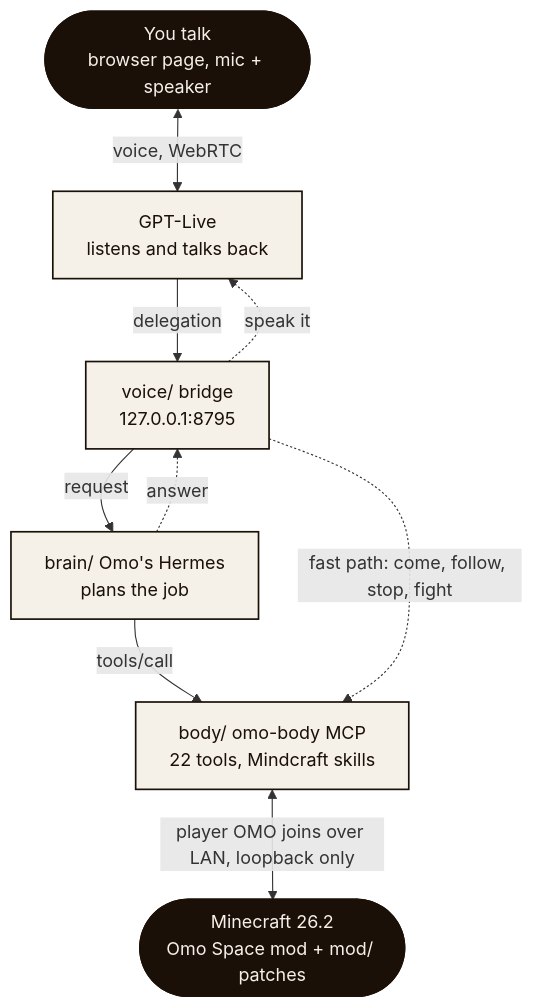
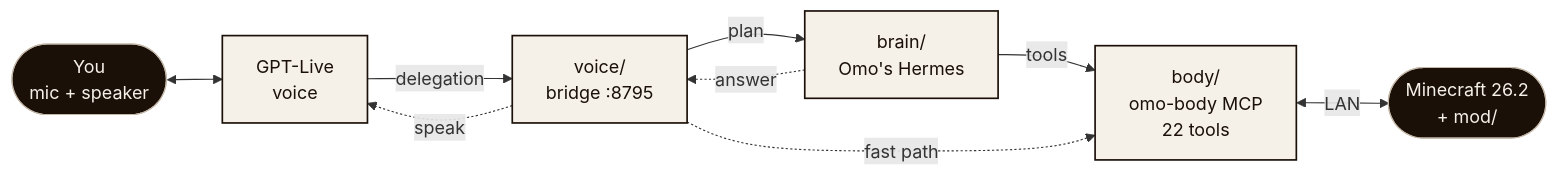
One commit to omoresearch/omo-brought-to-life changed the diagram in README.md. Above: the diagram before and after it, drawn with Mermaid.

Commit message:
docs: left-to-right architecture diagram

````diff
--- a/README.md
+++ b/README.md
@@ -124,23 +124,23 @@
 ```mermaid
-flowchart TB
-  YOU(["You talk<br/>browser page, mic + speaker"])
-  LIVE["GPT-Live<br/>listens and talks back"]
-  SRV["voice/ bridge<br/>127.0.0.1:8795"]
-  HER["brain/ Omo's Hermes<br/>plans the job"]
-  BODY["body/ omo-body MCP<br/>22 tools, Mindcraft skills"]
-  MC(["Minecraft 26.2<br/>Omo Space mod + mod/ patches"])
+flowchart LR
+  YOU(["You<br/>mic + speaker"])
+  LIVE["GPT-Live<br/>voice"]
+  SRV["voice/<br/>bridge :8795"]
+  HER["brain/<br/>Omo's Hermes"]
+  BODY["body/<br/>omo-body MCP<br/>22 tools"]
+  MC(["Minecraft 26.2<br/>+ mod/"])
 
-  YOU <-->|"voice, WebRTC"| LIVE
+  YOU <--> LIVE
   LIVE -->|"delegation"| SRV
-  SRV -->|"request"| HER
-  HER -->|"tools/call"| BODY
-  SRV -.->|"fast path: come, follow, stop, fight"| BODY
-  BODY <-->|"player OMO joins over LAN, loopback only"| MC
+  SRV -->|"plan"| HER
+  HER -->|"tools"| BODY
+  SRV -.->|"fast path"| BODY
+  BODY <-->|"LAN"| MC
   HER -.->|"answer"| SRV
-  SRV -.->|"speak it"| LIVE
+  SRV -.->|"speak"| LIVE
 
   classDef paper fill:#f5f0e8,stroke:#1a1008,color:#1a1008,stroke-width:1.5px
-  classDef ink fill:#1a1008,stroke:#1a1008,color:#f5f0e8
+  classDef ink fill:#1a1008,stroke:#c4b8a8,color:#f5f0e8
   class LIVE,SRV,HER,BODY paper
   class YOU,MC ink
 ```
````
